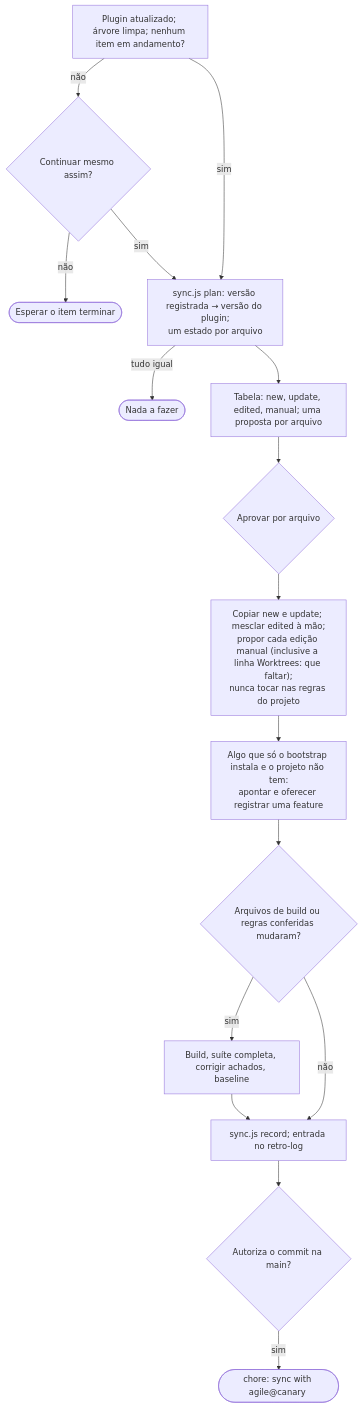
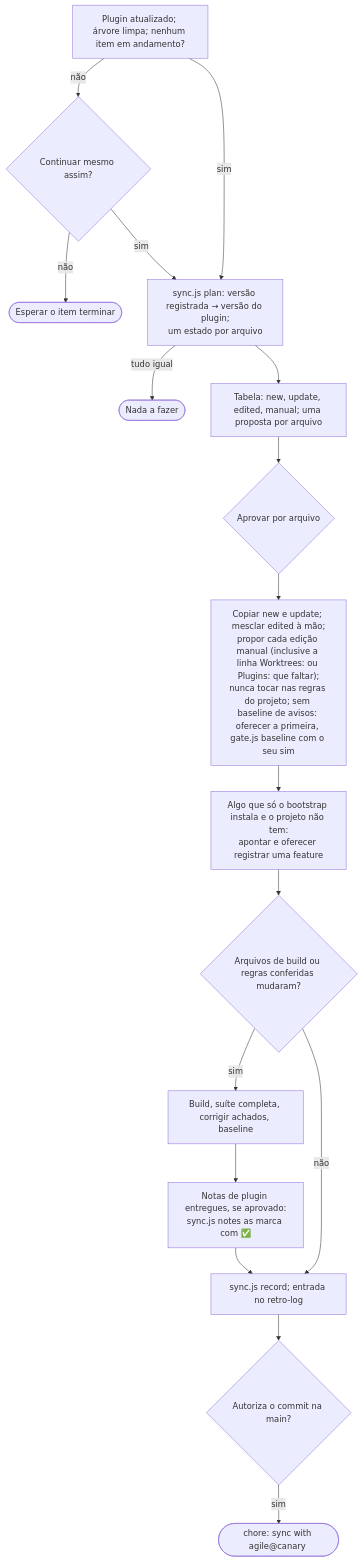
Diagram 16 of 18 in docs/agile/workflow.pt-BR.md (alexcanario/simulab), drawn with Mermaid before and after one commit. The commit also changed other lines of this file and 9 other files, not shown here.

````diff
--- a/docs/agile/workflow.pt-BR.md
+++ b/docs/agile/workflow.pt-BR.md
@@ -1413,18 +1564,19 @@
 ```mermaid
 flowchart TD
     A["Plugin atualizado; árvore limpa; nenhum item em andamento?"] -->|não| A1{"Continuar mesmo assim?"}
     A1 -->|não| A2(["Esperar o item terminar"])
     A -->|sim| B["sync.js plan: versão registrada → versão do plugin;<br/>um estado por arquivo"]
     A1 -->|sim| B
     B -->|tudo igual| B1(["Nada a fazer"])
     B --> C["Tabela: new, update, edited, manual; uma proposta por arquivo"]
     C --> D{"Aprovar por arquivo"}
-    D --> E["Copiar new e update; mesclar edited à mão;<br/>propor cada edição manual (inclusive a linha Worktrees: que faltar);<br/>nunca tocar nas regras do projeto"]
+    D --> E["Copiar new e update; mesclar edited à mão;<br/>propor cada edição manual (inclusive a linha Worktrees: ou Plugins: que faltar);<br/>nunca tocar nas regras do projeto; sem baseline de avisos: oferecer a primeira, gate.js baseline com o seu sim"]
     E --> E2["Algo que só o bootstrap instala e o projeto não tem:<br/>apontar e oferecer registrar uma feature"]
     E2 --> F{"Arquivos de build ou regras conferidas mudaram?"}
     F -->|sim| G["Build, suíte completa, corrigir achados, baseline"]
     F -->|não| H
-    G --> H["sync.js record; entrada no retro-log"]
+    G --> G2["Notas de plugin entregues, se aprovado:<br/>sync.js notes as marca com ✅"]
+    G2 --> H["sync.js record; entrada no retro-log"]
     H --> I{"Autoriza o commit na main?"}
     I -->|sim| J(["chore: sync with agile@canary <versão>"])
 ```
````
